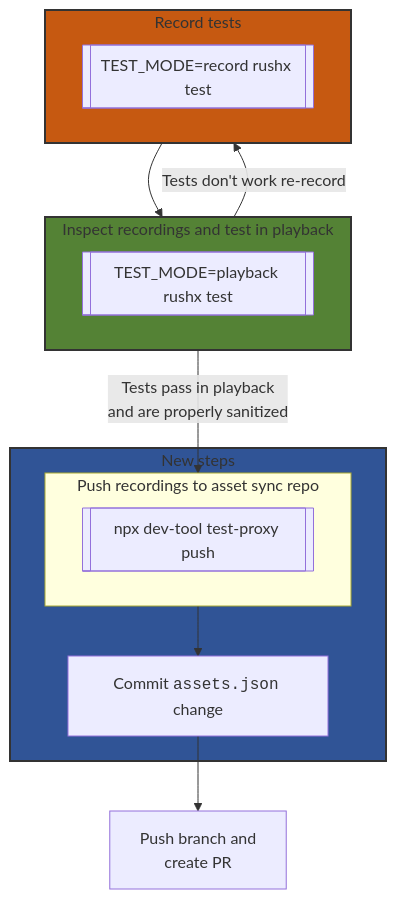
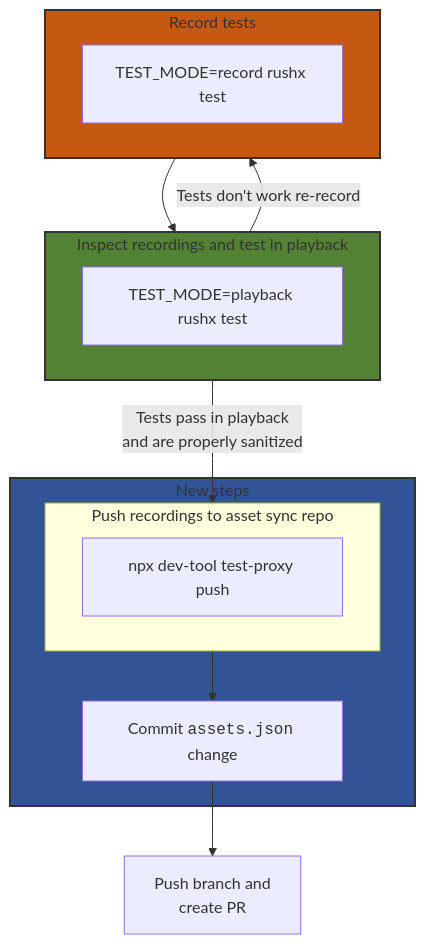
Before and after one commit to Azure/azure-sdk-for-js: the diagram in sdk/test-utils/recorder/ASSET_SYNC_MIGRATION.md, drawn with Mermaid.

Commit message:
reduce boxing

````diff
--- a/sdk/test-utils/recorder/ASSET_SYNC_MIGRATION.md
+++ b/sdk/test-utils/recorder/ASSET_SYNC_MIGRATION.md
@@ -91,31 +91,31 @@
 ```mermaid
 graph TD
     subgraph p3 [New steps]
         subgraph p4 [Push recordings to asset sync repo]
-            push[[npx dev-tool test-proxy push]]
+            push[npx dev-tool test-proxy push]
         end
         p4-->assets[Commit <code>assets.json</code> change]
     end
 
     assets --> pr[Push branch and\ncreate PR]
 
     subgraph p2 [Inspect recordings and test in playback]
-        playback[[TEST_MODE=playback rushx test]]
+        playback[TEST_MODE=playback rushx test]
     end
 
     subgraph p1 [Record tests]
-        record[[TEST_MODE=record rushx test]]
+        record[TEST_MODE=record rushx test]
     end
 
     p1 --> p2
     p2 -- Tests don't work re-record --> p1
     p2 -- Tests pass in playback\nand are properly sanitized --> p4
 
 
     classDef green fill:#548235,stroke:#333,stroke-width:2px
     classDef orange fill:#C65911,stroke:#333,stroke-width:2px
     classDef blue fill:#305496,stroke:#333,stroke-width:2px
     class p1 orange
     class p2 green
     class p3 blue
 ```
````
